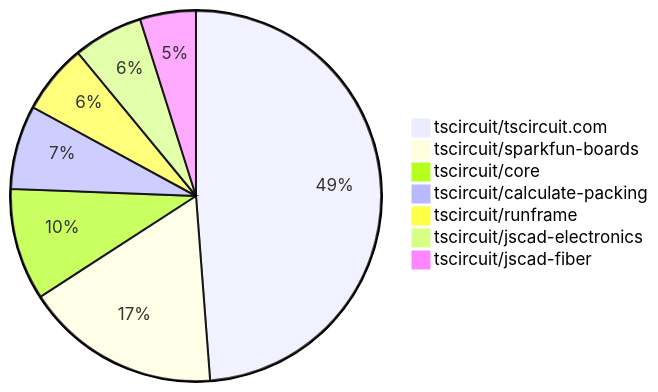
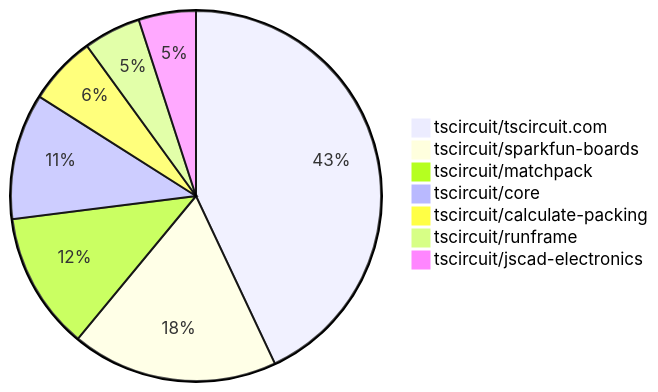
The second of 2 diagrams in README.md (tscircuit/contribution-tracker), drawn with Mermaid before and after one commit. The commit also changed other lines of this file and 3 other files, not shown here.

````diff
--- a/README.md
+++ b/README.md
@@ -102,10 +103,10 @@
 ```mermaid
 pie
-    "tscircuit/tscircuit.com" : 40
-    "tscircuit/sparkfun-boards" : 14
-    "tscircuit/core" : 8
+    "tscircuit/tscircuit.com" : 43
+    "tscircuit/sparkfun-boards" : 18
+    "tscircuit/matchpack" : 12
+    "tscircuit/core" : 11
     "tscircuit/calculate-packing" : 6
     "tscircuit/runframe" : 5
     "tscircuit/jscad-electronics" : 5
-    "tscircuit/jscad-fiber" : 4
 ```
````
